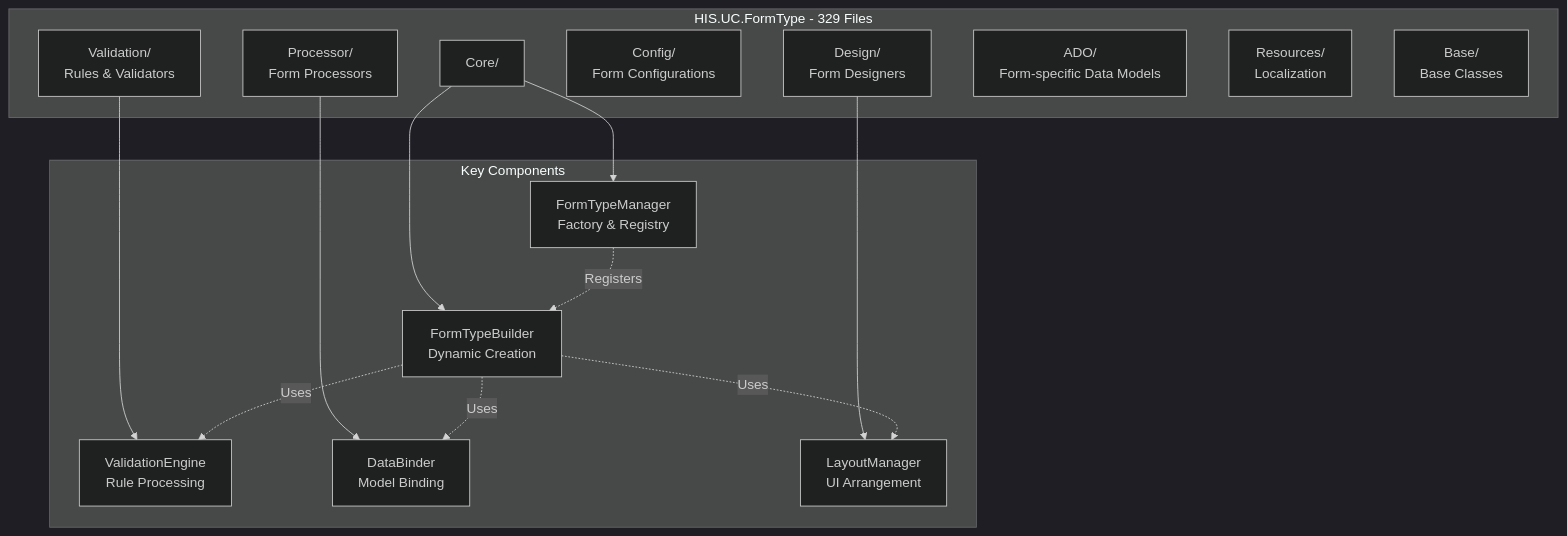
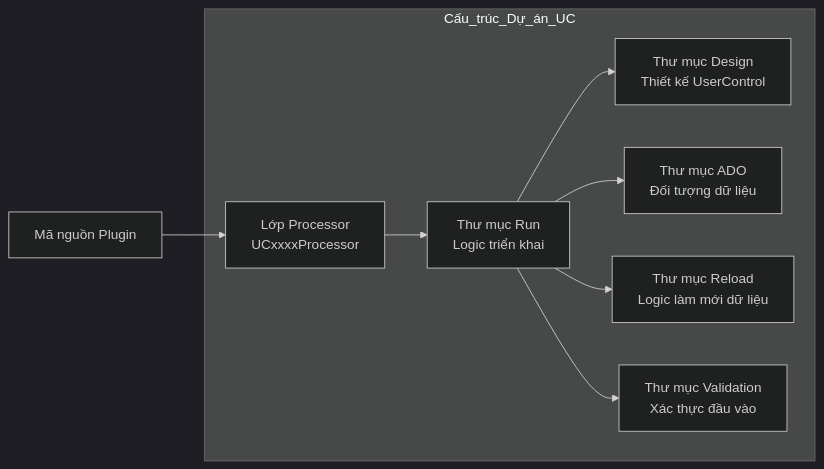
One commit to thangpnb/HIS changed the first of 20 diagrams in docs/his-ba-documentation/02-modules/uc-controls/form-type-controls.md. Above: the diagram before and after it, drawn with Mermaid (dark theme). The commit also changed other lines of this file and 30 other files, not shown here.

Commit message:
Refactor architecture docs and update translations

````diff
--- a/docs/his-ba-documentation/02-modules/uc-controls/form-type-controls.md
+++ b/docs/his-ba-documentation/02-modules/uc-controls/form-type-controls.md
@@ -83,32 +925,18 @@
 ```mermaid
-graph TB
-    subgraph "HIS.UC.FormType - 329 Files"
-        Core["Core/"]
-        Design["Design/<br/>Form Designers"]
-        Validation["Validation/<br/>Rules & Validators"]
-        Config["Config/<br/>Form Configurations"]
-        Processor["Processor/<br/>Form Processors"]
-        ADO["ADO/<br/>Form-specific Data Models"]
-        Resources["Resources/<br/>Localization"]
-        Base["Base/<br/>Base Classes"]
+graph LR
+    subgraph "Cấu_trúc_Dự_án_UC"
+        Processor["Lớp Processor<br/>UCxxxxProcessor"]
+        Run["Thư mục Run<br/>Logic triển khai"]
+        Design["Thư mục Design<br/>Thiết kế UserControl"]
+        ADO["Thư mục ADO<br/>Đối tượng dữ liệu"]
+        Reload["Thư mục Reload<br/>Logic làm mới dữ liệu"]
+        Validation["Thư mục Validation<br/>Xác thực đầu vào"]
     end
     
-    subgraph "Key Components"
-        FormTypeManager["FormTypeManager<br/>Factory & Registry"]
-        FormTypeBuilder["FormTypeBuilder<br/>Dynamic Creation"]
-        ValidationEngine["ValidationEngine<br/>Rule Processing"]
-        DataBinder["DataBinder<br/>Model Binding"]
-        LayoutManager["LayoutManager<br/>UI Arrangement"]
-    end
-    
-    Core --> FormTypeManager
-    Core --> FormTypeBuilder
-    Validation --> ValidationEngine
-    Processor --> DataBinder
-    Design --> LayoutManager
-    
-    FormTypeManager -.->|Registers| FormTypeBuilder
-    FormTypeBuilder -.->|Uses| ValidationEngine
-    FormTypeBuilder -.->|Uses| DataBinder
-    FormTypeBuilder -.->|Uses| LayoutManager
+    Plugin["Mã nguồn Plugin"] --> Processor
+    Processor --> Run
+    Run --> Design
+    Run --> ADO
+    Run --> Reload
+    Run --> Validation
 ```
````
